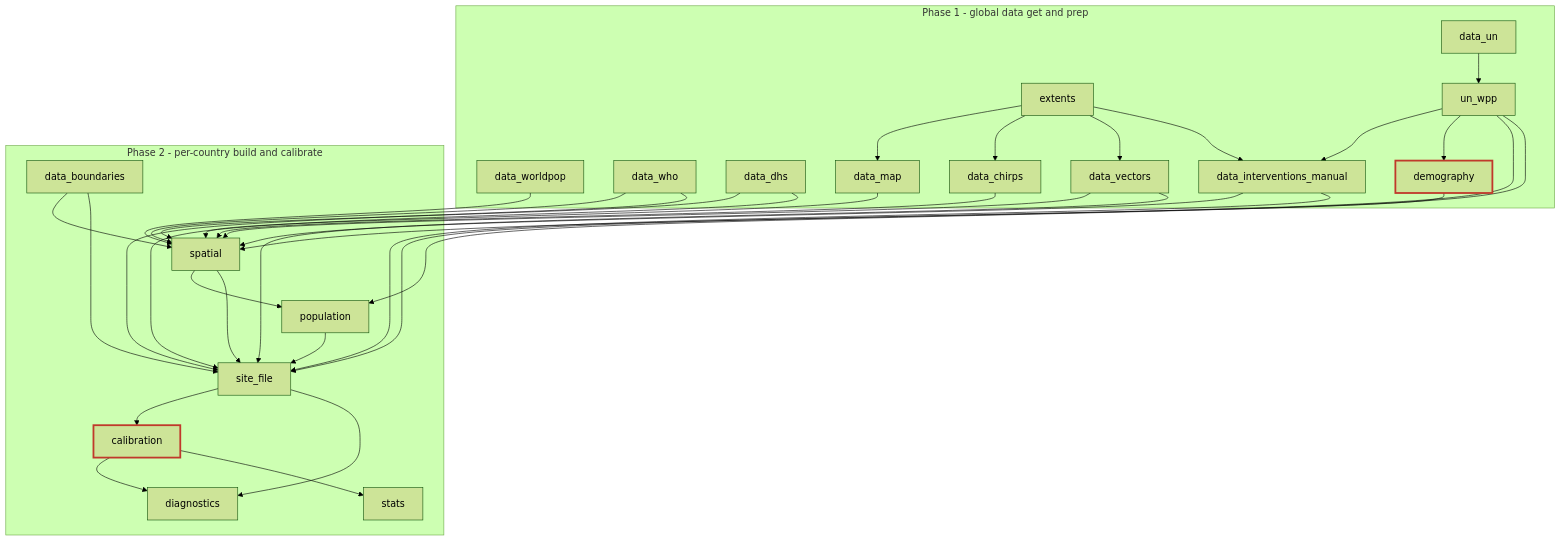
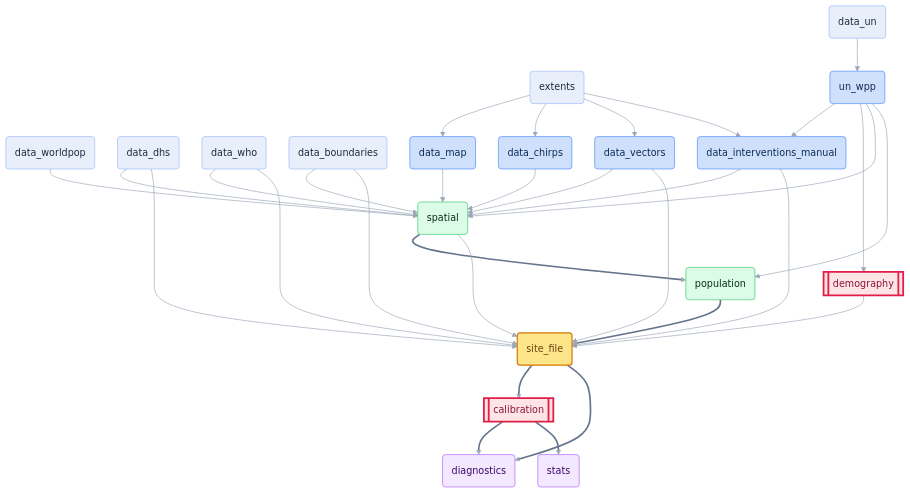
Before and after one commit to mrc-ide/foresite-orderly: the second of 2 diagrams in README.md, drawn with Mermaid (forest theme). The commit also changed other lines of this file and 1 other file, not shown here.

Commit message:
Refresh pipeline README and un-pin mrc-ide package branches
- README: remove the orderly2-namespace note; document the maintained
  project location on the malaria drive
  (\projects.dide.ic.ac.uk\malaria\pete\foresite-orderly, mapped to P:)
  in the prerequisites, repo-layout and HPC sections.
- README: redraw the dependency graph for readability - bold arrows trace
  the main build path, data feeds recede to thin grey, nodes are coloured
  by pipeline stage, HPC steps are highlighted, and a legend is added.
- provision.R: install site, netz and postie from their default branch
  instead of the pinned site-2601 / severe_inc branches; README updated
  to match (drops the "pinned branches" guidance).

````diff
--- a/README.md
+++ b/README.md
@@ -134,41 +146,67 @@
 ```mermaid
+%%{init: {'flowchart': {'curve': 'basis', 'rankSpacing': 55, 'nodeSpacing': 38}}}%%
 flowchart TD
-  subgraph P1["Phase 1 - global data get and prep"]
-    extents
-    data_un
-    data_worldpop
-    data_who
-    data_dhs
-    un_wpp
-    data_map
-    data_chirps
-    data_vectors
-    data_interventions_manual
-    demography
-  end
-  subgraph P2["Phase 2 - per-country build and calibrate"]
-    data_boundaries
-    spatial
-    population
-    site_file
-    calibration
-    diagnostics
-    stats
-  end
+  classDef source fill:#e8effb,stroke:#93b4f5,color:#1e293b;
+  classDef global fill:#cfe0fd,stroke:#3b82f6,color:#0c2a52;
+  classDef hpc fill:#ffe4e6,stroke:#e11d48,stroke-width:3px,color:#881337;
+  classDef country fill:#dcfce7,stroke:#22c55e,color:#052e16;
+  classDef assembly fill:#fde68a,stroke:#d97706,stroke-width:2px,color:#713f12;
+  classDef output fill:#f3e8ff,stroke:#a855f7,color:#3b0764;
+
+  extents(extents):::source
+  data_un(data_un):::source
+  data_worldpop(data_worldpop):::source
+  data_dhs(data_dhs):::source
+  data_who(data_who):::source
+  data_boundaries(data_boundaries):::source
+
+  un_wpp(un_wpp):::global
+  data_map(data_map):::global
+  data_chirps(data_chirps):::global
+  data_vectors(data_vectors):::global
+  data_interventions_manual(data_interventions_manual):::global
+
+  demography[[demography]]:::hpc
+  calibration[[calibration]]:::hpc
+
+  spatial(spatial):::country
+  population(population):::country
+  site_file(site_file):::assembly
+
+  diagnostics(diagnostics):::output
+  stats(stats):::output
 
   data_un --> un_wpp
-  extents --> data_map & data_chirps & data_vectors & data_interventions_manual
-  un_wpp --> data_interventions_manual & demography
-
-  un_wpp & data_map & data_interventions_manual & data_worldpop & data_chirps & data_dhs & data_who & data_vectors & data_boundaries --> spatial
-  spatial & un_wpp --> population
-  demography & spatial & population & data_interventions_manual & data_boundaries & data_vectors & data_who & data_dhs --> site_file
-
+  extents --> data_map
+  extents --> data_chirps
+  extents --> data_vectors
+  extents --> data_interventions_manual
+  un_wpp --> data_interventions_manual
+  un_wpp --> demography
+  data_worldpop --> spatial
+  data_map --> spatial
+  data_chirps --> spatial
+  data_dhs --> spatial
+  data_who --> spatial
+  data_vectors --> spatial
+  data_boundaries --> spatial
+  data_interventions_manual --> spatial
+  un_wpp --> spatial
+  un_wpp --> population
+  spatial --> population
+  population --> site_file
+  demography --> site_file
+  data_dhs --> site_file
+  data_who --> site_file
+  data_vectors --> site_file
+  data_boundaries --> site_file
+  data_interventions_manual --> site_file
+  spatial --> site_file
   site_file --> calibration
   site_file --> diagnostics
   calibration --> diagnostics
   calibration --> stats
 
-  classDef hpc stroke-width:3px,stroke:#c0392b;
-  class demography,calibration hpc;
+  linkStyle default stroke:#9aa7b8,stroke-width:1.1px;
+  linkStyle 17,18,26,27,28,29 stroke:#64748b,stroke-width:2.75px;
 ```
````
